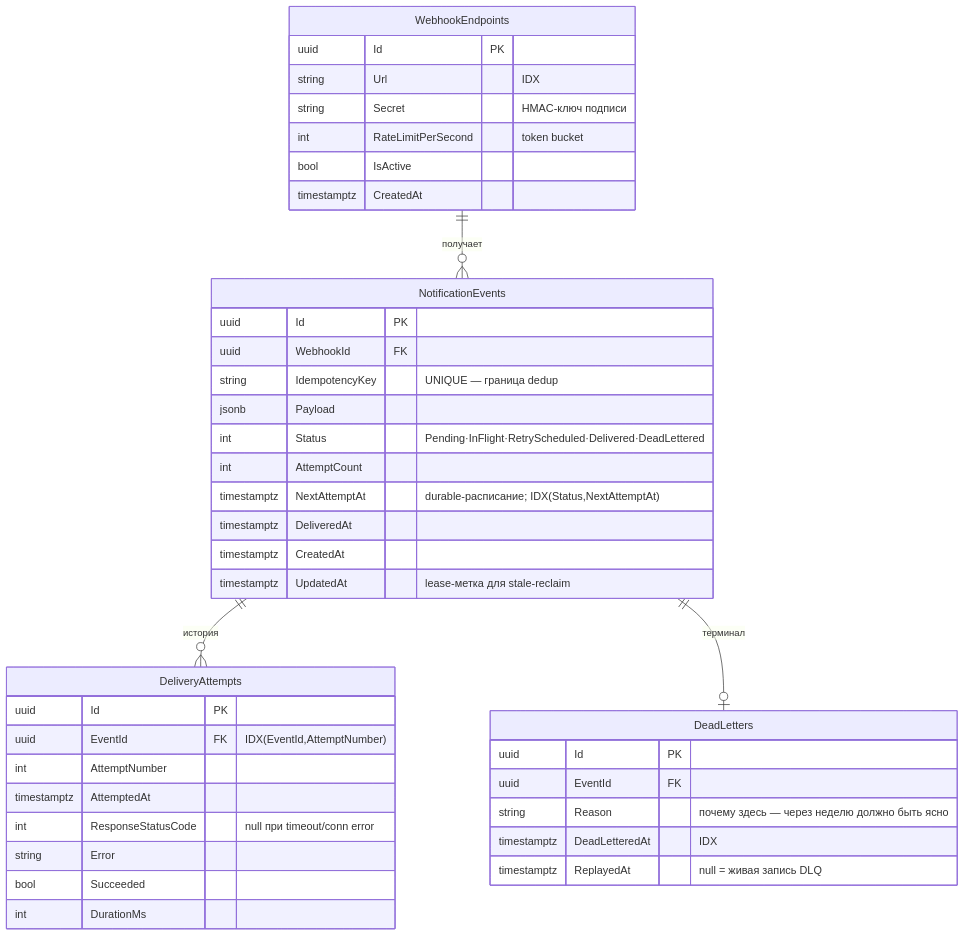
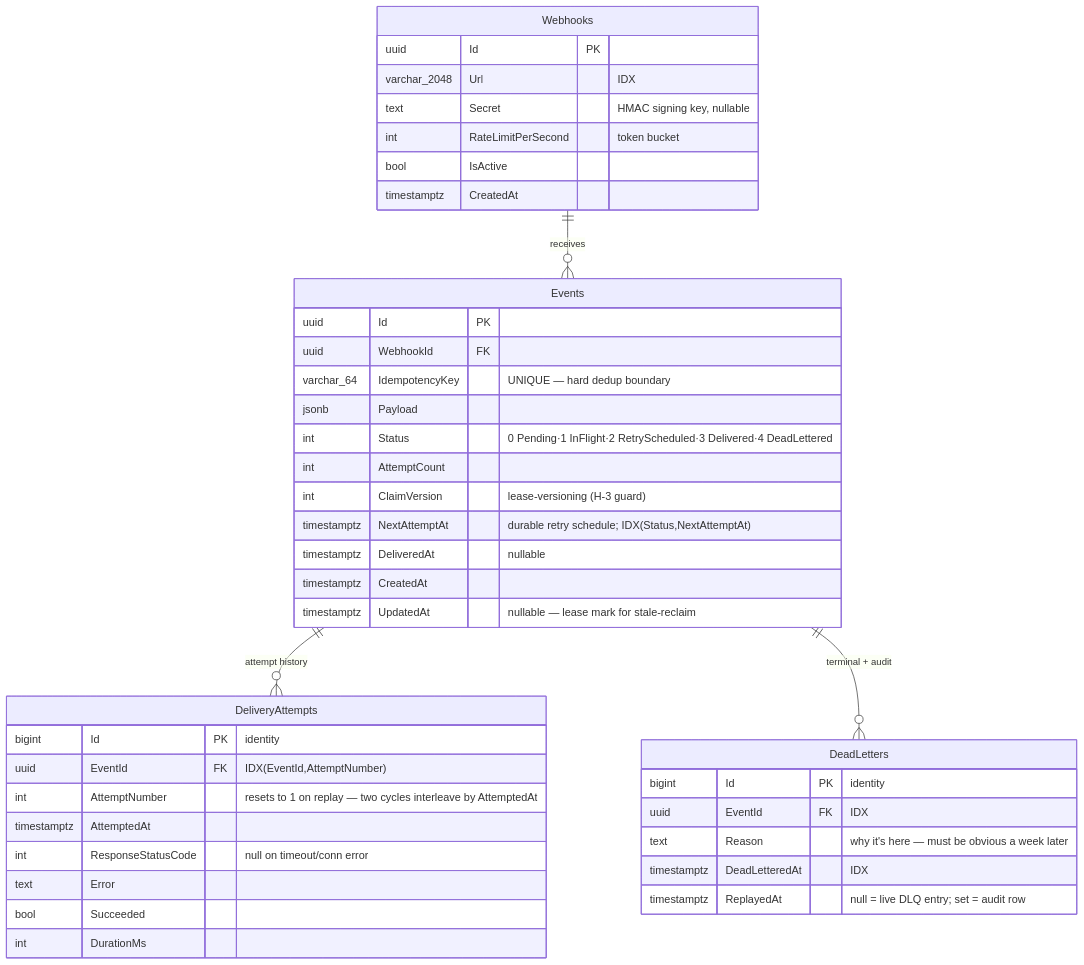
The diagram in docs/diagrams/mmd/db.mmd (ezpectus/webhook-engine), drawn with Mermaid before and after one commit. The commit also changed 5 other files, not shown here.

```diff
--- a/docs/diagrams/mmd/db.mmd
+++ b/docs/diagrams/mmd/db.mmd
@@ -1,45 +1,46 @@
 erDiagram
-    WebhookEndpoints ||--o{ NotificationEvents : "получает"
-    NotificationEvents ||--o{ DeliveryAttempts : "история"
-    NotificationEvents ||--o| DeadLetters : "терминал"
+    Webhooks ||--o{ Events : "receives"
+    Events ||--o{ DeliveryAttempts : "attempt history"
+    Events ||--o{ DeadLetters : "terminal + audit"
 
-    WebhookEndpoints {
+    Webhooks {
         uuid Id PK
-        string Url "IDX"
-        string Secret "HMAC-ключ подписи"
+        varchar_2048 Url "IDX"
+        text Secret "HMAC signing key, nullable"
         int RateLimitPerSecond "token bucket"
         bool IsActive
         timestamptz CreatedAt
     }
 
-    NotificationEvents {
+    Events {
         uuid Id PK
         uuid WebhookId FK
-        string IdempotencyKey "UNIQUE — граница dedup"
+        varchar_64 IdempotencyKey "UNIQUE — hard dedup boundary"
         jsonb Payload
-        int Status "Pending·InFlight·RetryScheduled·Delivered·DeadLettered"
+        int Status "0 Pending·1 InFlight·2 RetryScheduled·3 Delivered·4 DeadLettered"
         int AttemptCount
-        timestamptz NextAttemptAt "durable-расписание; IDX(Status,NextAttemptAt)"
-        timestamptz DeliveredAt
+        int ClaimVersion "lease-versioning (H-3 guard)"
+        timestamptz NextAttemptAt "durable retry schedule; IDX(Status,NextAttemptAt)"
+        timestamptz DeliveredAt "nullable"
         timestamptz CreatedAt
-        timestamptz UpdatedAt "lease-метка для stale-reclaim"
+        timestamptz UpdatedAt "nullable — lease mark for stale-reclaim"
     }
 
     DeliveryAttempts {
-        uuid Id PK
+        bigint Id PK "identity"
         uuid EventId FK "IDX(EventId,AttemptNumber)"
-        int AttemptNumber
+        int AttemptNumber "resets to 1 on replay — two cycles interleave by AttemptedAt"
         timestamptz AttemptedAt
-        int ResponseStatusCode "null при timeout/conn error"
-        string Error
+        int ResponseStatusCode "null on timeout/conn error"
+        text Error
         bool Succeeded
         int DurationMs
     }
 
     DeadLetters {
-        uuid Id PK
-        uuid EventId FK
-        string Reason "почему здесь — через неделю должно быть ясно"
+        bigint Id PK "identity"
+        uuid EventId FK "IDX"
+        text Reason "why it's here — must be obvious a week later"
         timestamptz DeadLetteredAt "IDX"
-        timestamptz ReplayedAt "null = живая запись DLQ"
+        timestamptz ReplayedAt "null = live DLQ entry; set = audit row"
     }
```
